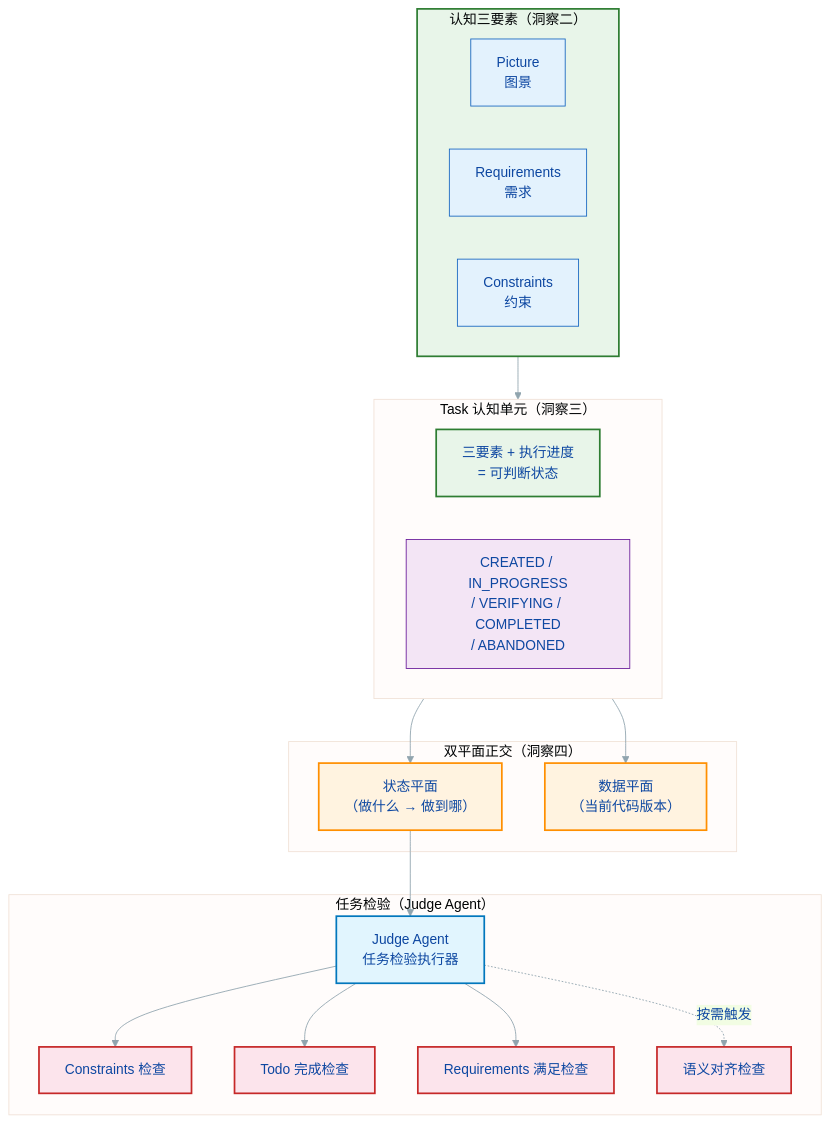
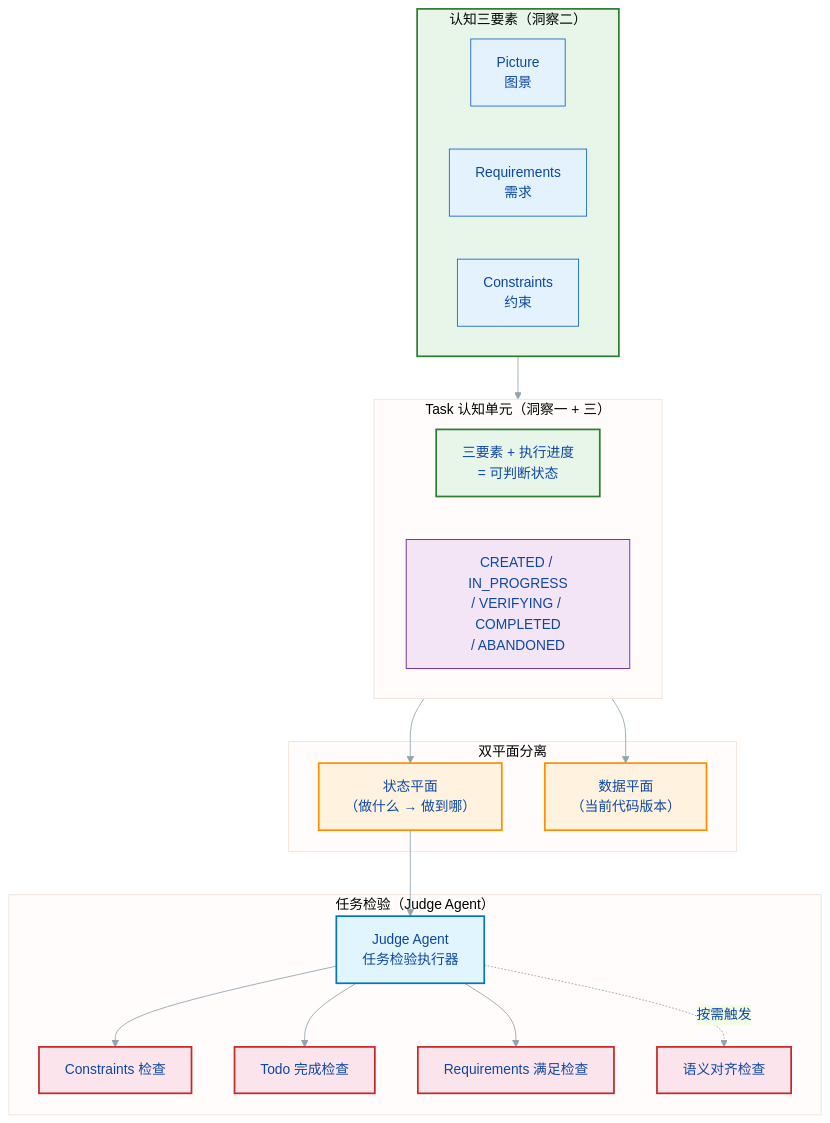
The first of 11 diagrams in docs/spec.md (Lazyn0tBug/mem0ress), drawn with Mermaid before and after one commit. The commit also changed other lines of this file, not shown here.

````diff
--- a/docs/spec.md
+++ b/docs/spec.md
@@ -42,49 +42,49 @@
 ```mermaid
 %% label：核心解法总览
 %%{ init: { 'theme': 'base', 'themeVariables': { 'primaryColor': '#e3f2fd', 'primaryTextColor': '#0d47a1', 'primaryBorderColor': '#1565c0', 'lineColor': '#90a4ae', 'fontFamily': 'arial' } } }%%
 graph TB
     subgraph PRC["认知三要素（洞察二）"]
         PIC["Picture\n图景"]
         REQ["Requirements\n需求"]
         CST["Constraints\n约束"]
     end
 
-    subgraph TASK["Task 认知单元（洞察三）"]
+    subgraph TASK["Task 认知单元（洞察一 + 三）"]
         TR["三要素 + 执行进度\n= 可判断状态"]
         ST["CREATED / IN_PROGRESS\n/ VERIFYING / COMPLETED\n/ ABANDONED"]
     end
 
-    subgraph DUAL["双平面正交（洞察四）"]
+    subgraph DUAL["双平面分离"]
         SP["状态平面\n（做什么 → 做到哪）"]
         DP["数据平面\n（当前代码版本）"]
     end
 
     subgraph TIERS["任务检验（Judge Agent）"]
         J["Judge Agent\n任务检验执行器"]
         T0["Constraints 检查"]
         T1["Todo 完成检查"]
         T2["Requirements 满足检查"]
         T3["语义对齐检查"]
     end
 
     PRC --> TASK
     TASK --> SP
     TASK --> DP
     J --> T0
     J --> T1
     J --> T2
     J -.->|按需触发| T3
     SP --> J
 
     classDef prc fill:#e8f5e9,stroke:#2e7d32,stroke-width:2px;
     classDef task fill:#e3f2fd,stroke:#1565c0,stroke-width:2px;
     classDef plane fill:#fff3e0,stroke:#ff8f00,stroke-width:2px;
     classDef tier fill:#fce4ec,stroke:#c62828,stroke-width:2px;
     classDef judge fill:#e1f5fe,stroke:#0277bd,stroke-width:2px;
     classDef state fill:#f3e5f5,stroke:#6a1b9a,stroke-width:1px;
     class PRC,task,TR,ST prc;
     class SP,DP plane;
     class T0,T1,T2,T3 tier;
     class J judge;
     class ST state;
 ```
````
